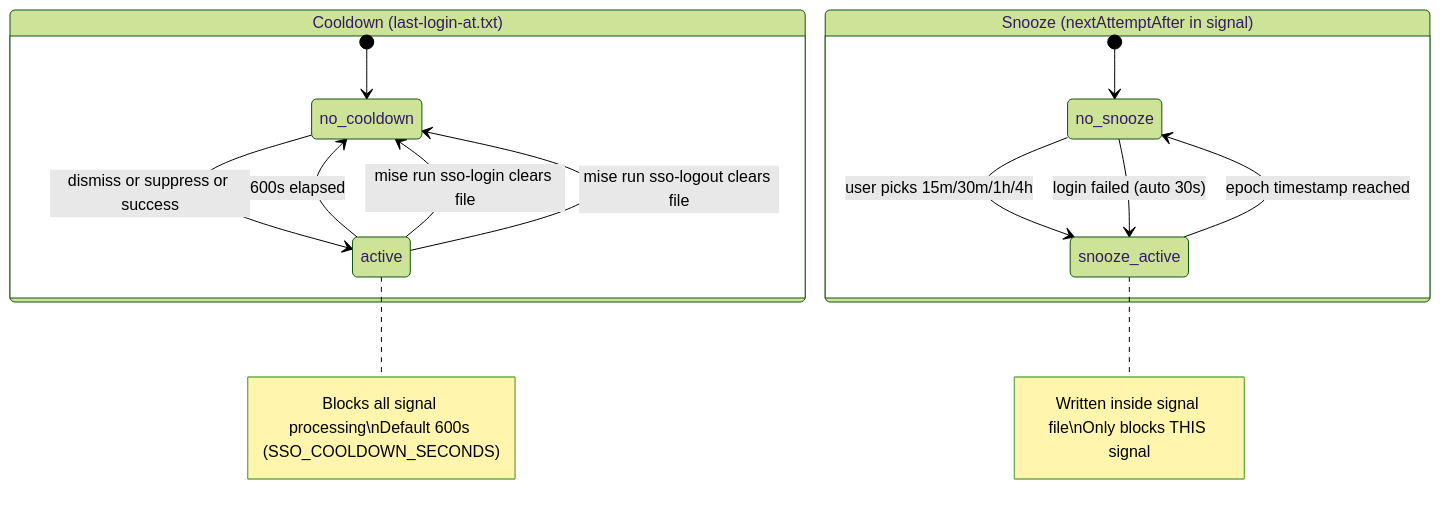
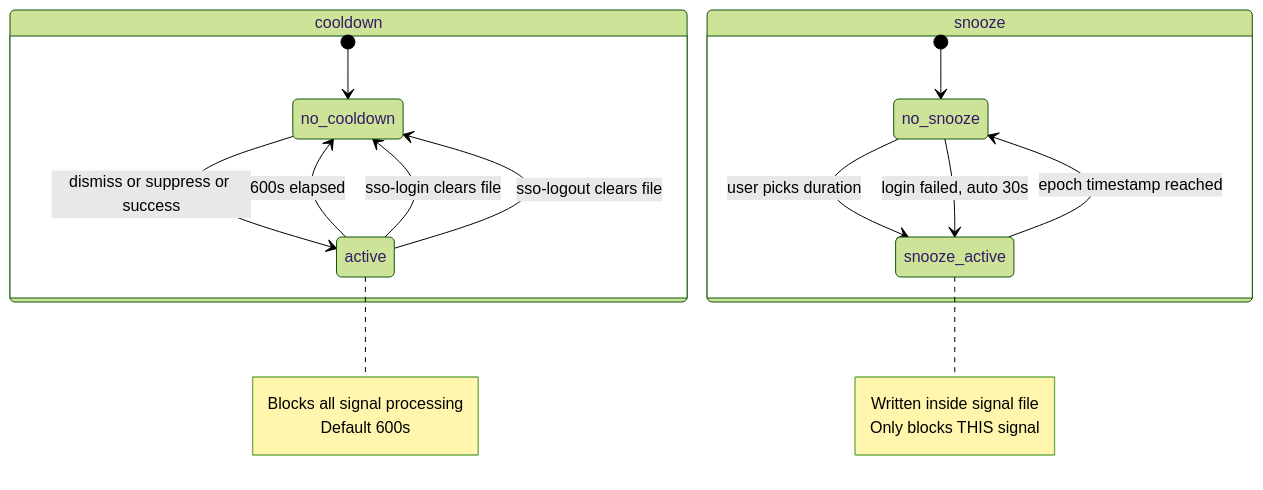
Before and after one commit to rp-arielrodriguez/bazel-aws-maven-proxy: the third of 3 diagrams in docs/state-machine.md, drawn with Mermaid (forest theme). The commit also changed other lines of this file, not shown here.

Commit message:
fix mermaid syntax: remove colons/parens/apostrophes from transition labels

````diff
--- a/docs/state-machine.md
+++ b/docs/state-machine.md
@@ -81,19 +83,25 @@
 ```mermaid
 stateDiagram-v2
-    state "Cooldown (last-login-at.txt)" as cooldown {
+    state cooldown {
         [*] --> no_cooldown
         no_cooldown --> active : dismiss or suppress or success
         active --> no_cooldown : 600s elapsed
-        active --> no_cooldown : mise run sso-login clears file
-        active --> no_cooldown : mise run sso-logout clears file
-        note right of active : Blocks all signal processing\nDefault 600s (SSO_COOLDOWN_SECONDS)
+        active --> no_cooldown : sso-login clears file
+        active --> no_cooldown : sso-logout clears file
+        note right of active
+            Blocks all signal processing
+            Default 600s
+        end note
     }
 
-    state "Snooze (nextAttemptAfter in signal)" as snooze {
+    state snooze {
         [*] --> no_snooze
-        no_snooze --> snooze_active : user picks 15m/30m/1h/4h
-        no_snooze --> snooze_active : login failed (auto 30s)
+        no_snooze --> snooze_active : user picks duration
+        no_snooze --> snooze_active : login failed, auto 30s
         snooze_active --> no_snooze : epoch timestamp reached
-        note right of snooze_active : Written inside signal file\nOnly blocks THIS signal
+        note right of snooze_active
+            Written inside signal file
+            Only blocks THIS signal
+        end note
     }
 ```
````
